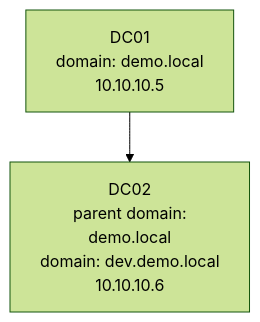
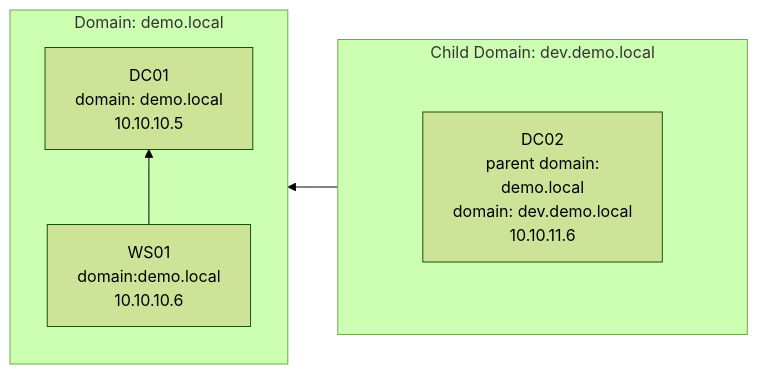
Before and after one commit to AlanFoster/ad-lab: the diagram in README.md, drawn with Mermaid (forest theme). The commit also changed 6 other files, not shown here.

````diff
--- a/README.md
+++ b/README.md
@@ -15,7 +15,24 @@
 ```mermaid
-flowchart TD
+flowchart RL
     DC01[DC01\ndomain: demo.local\n10.10.10.5]
-    DC02[DC02\nparent domain:\n demo.local\ndomain: dev.demo.local\n10.10.10.6]
+    WS01[WS01\ndomain:demo.local\n10.10.10.6]
 
-    DC01 --> DC02
+    DC02[DC02\nparent domain:\n demo.local\ndomain: dev.demo.local\n10.10.11.6]
+
+    style dev.demo.local.padding fill:transparent,stroke:transparent
+
+    subgraph demo.local [Domain: demo.local]
+        direction BT
+
+        DC01
+        WS01 --> DC01
+    end
+
+    subgraph dev.demo.local [Child Domain: dev.demo.local]
+        subgraph dev.demo.local.padding [ ]
+            DC02
+        end
+    end
+
+   dev.demo.local --> demo.local
 ```
````
